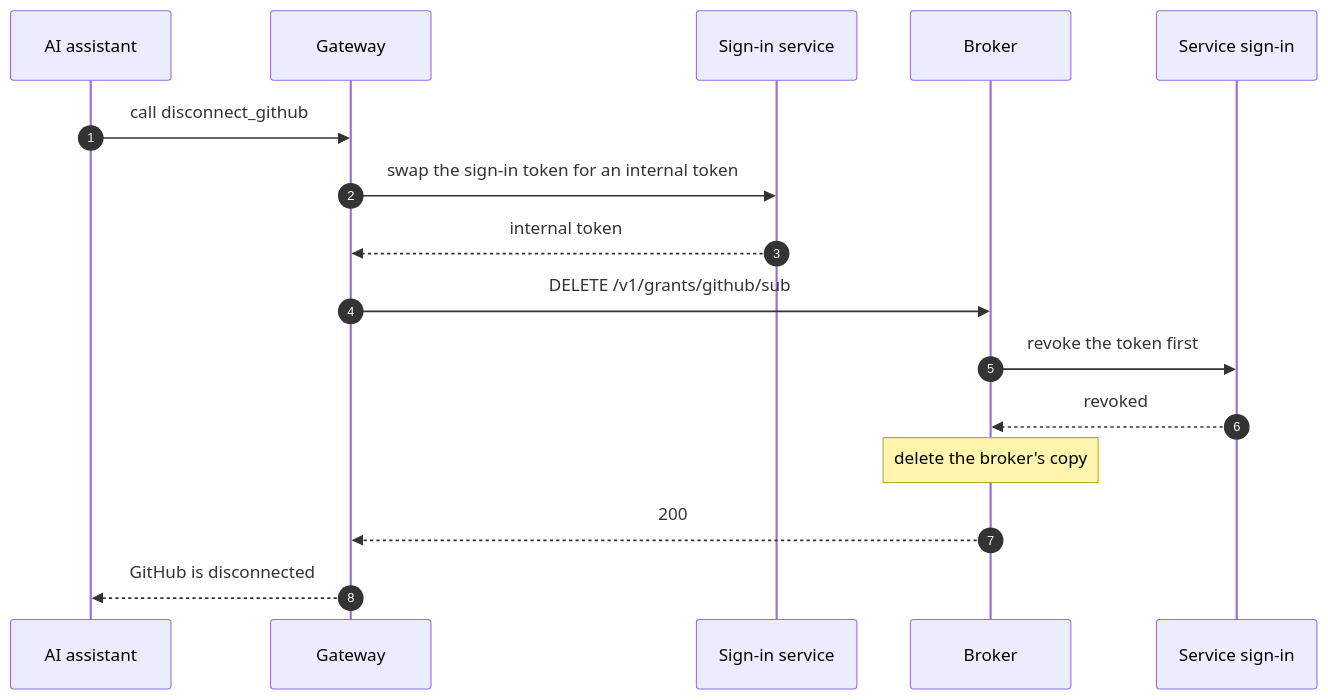
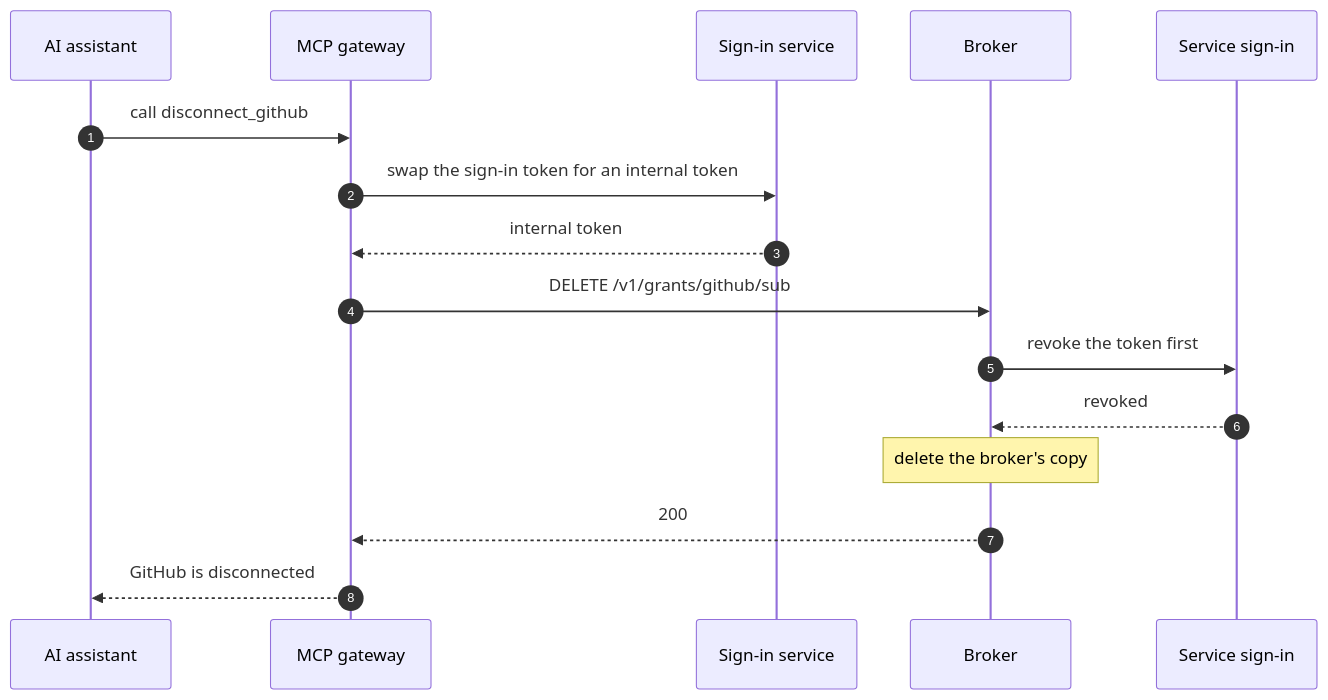
The fourth of 5 diagrams in docs/mcp-gateway.md (chief-builder/vendor-token-broker), drawn with Mermaid before and after one commit. The commit also changed other lines of this file and 3 other files, not shown here.

Commit message:
docs: call the gateway the MCP gateway in diagrams

````diff
--- a/docs/mcp-gateway.md
+++ b/docs/mcp-gateway.md
@@ -181,19 +181,19 @@
 ```mermaid
 sequenceDiagram
     autonumber
     participant C as AI assistant
-    participant G as Gateway
+    participant G as MCP gateway
     participant H as Sign-in service
     participant B as Broker
     participant V as Service sign-in
 
     C->>G: call disconnect_github
     G->>H: swap the sign-in token for an internal token
     H-->>G: internal token
     G->>B: DELETE /v1/grants/github/sub
     B->>V: revoke the token first
     V-->>B: revoked
     Note over B: delete the broker's copy
     B-->>G: 200
     G-->>C: GitHub is disconnected
 ```
````
